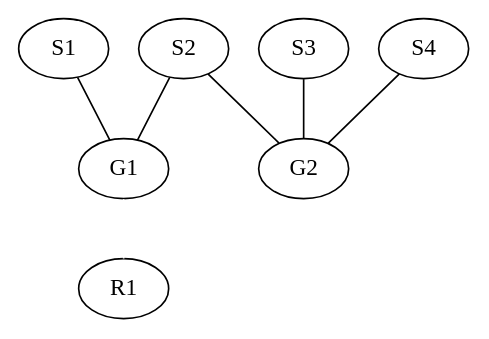
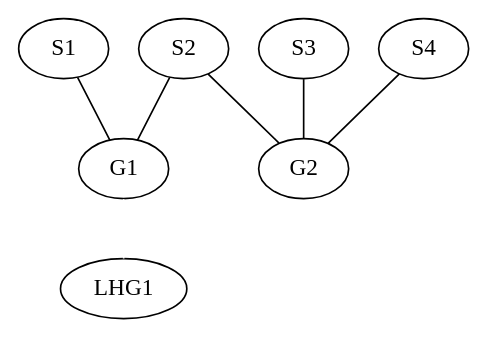
The diagram in report/fig/labgroup/slack_add_4.dot (water/resources), drawn with Graphviz before and after one commit. The commit also changed 21 other files, not shown here.

Commit message:
R --> LHG in labgroup diagrams

```diff
--- a/report/fig/labgroup/slack_add_4.dot
+++ b/report/fig/labgroup/slack_add_4.dot
@@ -1,8 +1,8 @@
 graph G {
   S1 -- G1
   S2 -- G1
   S3 -- G2
   S4 -- G2
   S2 -- G2
-  G1 -- R1 [color=white] // To correct level
+  G1 -- LHG1 [color=white] // To correct level
 }
```
